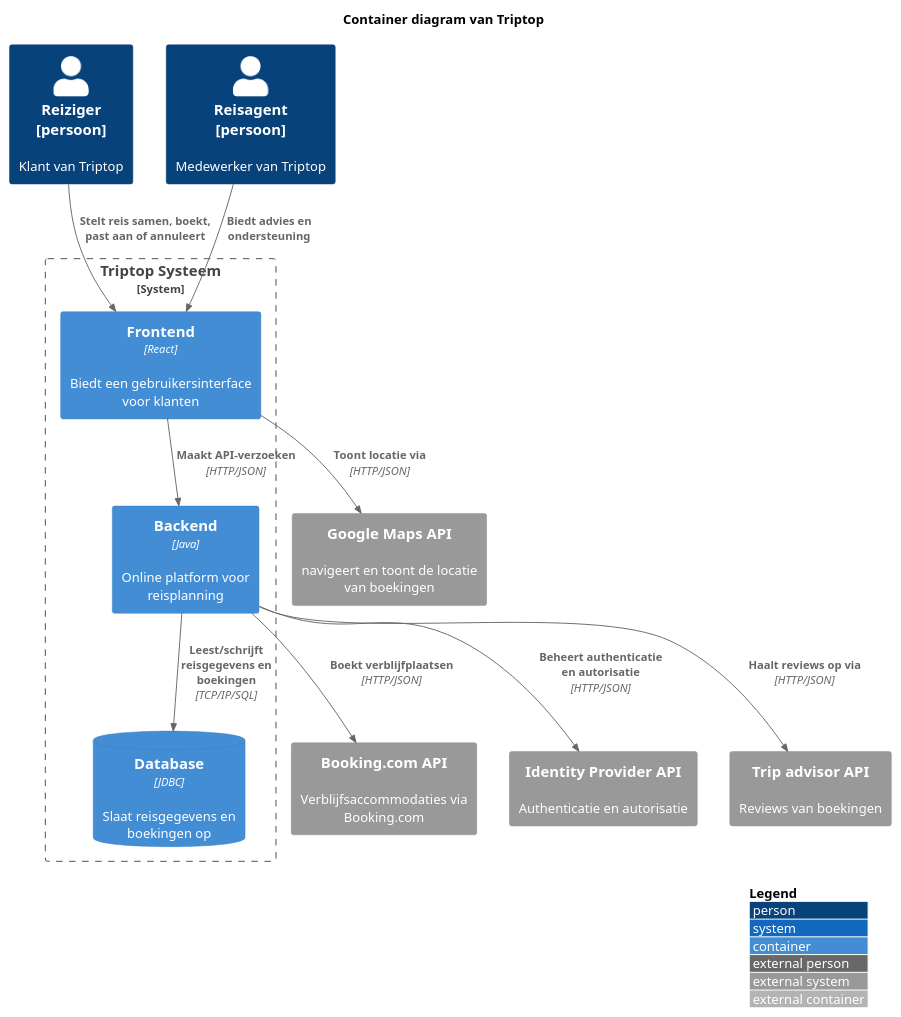
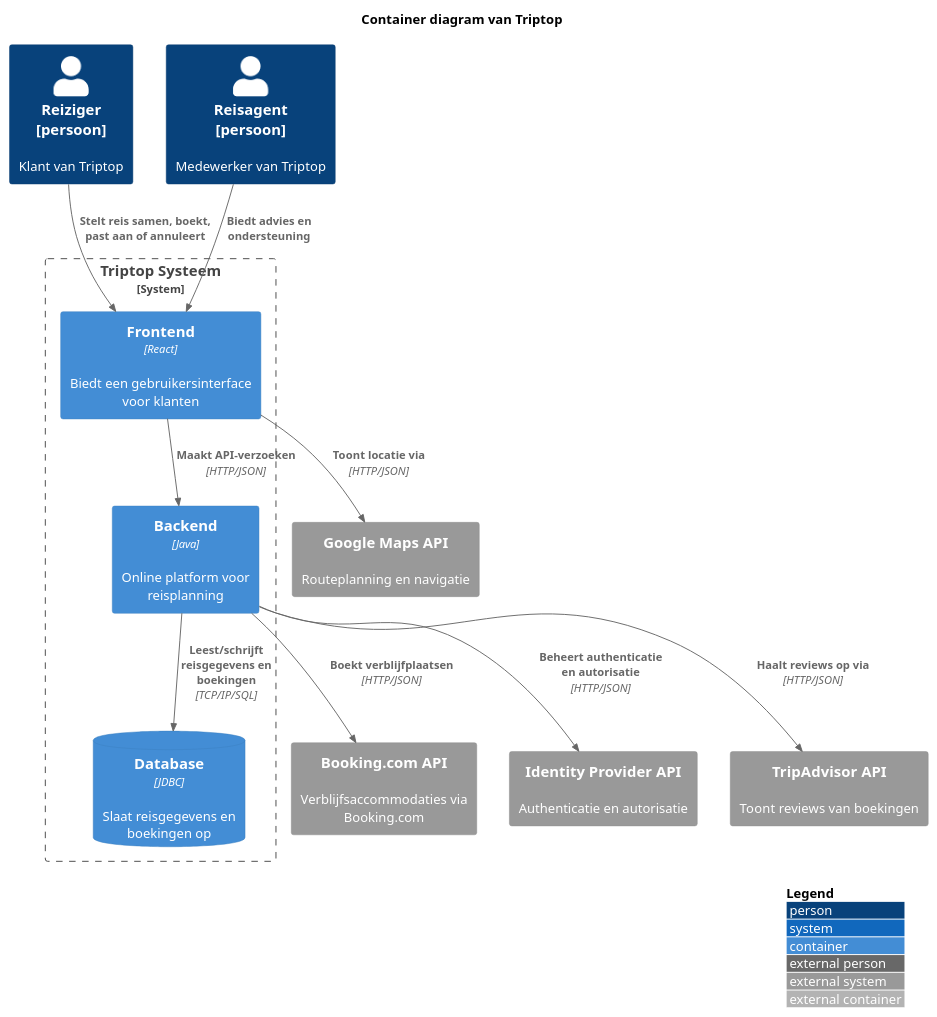
One commit to AIM-ENE-feb25/triptop-groep-b3 changed the diagram in software-guidebook/groep-container-diagram.puml. Above: the diagram before and after it, drawn with PlantUML. The commit also changed 4 other files, not shown here.

Commit message:
added google maps to container diagram explanation, added legend to context diagram, changed text in frontend component diagram to match overall message better

```diff
--- a/software-guidebook/groep-container-diagram.puml
+++ b/software-guidebook/groep-container-diagram.puml
@@ -1,33 +1,32 @@
 @startuml
 !include <C4/C4>
-!include <C4/C4_Context>
 !include <C4/C4_Container>
 
 LAYOUT_WITH_LEGEND()
 
 title Container diagram van Triptop
 
 Person(reiziger, "Reiziger\n[persoon]", "Klant van Triptop")
 Person(reisagent, "Reisagent\n[persoon]", "Medewerker van Triptop")
 
 System_Boundary(triptop, "Triptop Systeem") {
     Container(frontend, "Frontend", "React","Biedt een gebruikersinterface voor klanten")
     Container(backend, "Backend", "Java", "Online platform voor reisplanning")
     ContainerDb(database, "Database", "JDBC", "Slaat reisgegevens en boekingen op")
 }
 
 System_Ext(bookingAPI, "Booking.com API", "Verblijfsaccommodaties via Booking.com")
-System_Ext(MapsAPI, "Google Maps API", "navigeert en toont de locatie van boekingen")
+System_Ext(MapsAPI, "Google Maps API", "Routeplanning en navigatie")
 System_Ext(identityProviderAPI, "Identity Provider API", "Authenticatie en autorisatie")
-System_Ext(tripAdvisor, "Trip advisor API", "Reviews van boekingen")
+System_Ext(tripAdvisor, "TripAdvisor API", "Toont reviews van boekingen")
 
 Rel(reiziger, frontend, "Stelt reis samen, boekt, past aan of annuleert")
 Rel(reisagent, frontend, "Biedt advies en ondersteuning")
 Rel(frontend, backend, "Maakt API-verzoeken", "HTTP/JSON")
 Rel(backend, database, "Leest/schrijft reisgegevens en boekingen", "TCP/IP/SQL")
 Rel(backend, bookingAPI, "Boekt verblijfplaatsen", "HTTP/JSON")
 Rel(frontend, MapsAPI, "Toont locatie via", "HTTP/JSON")
 Rel(backend, identityProviderAPI, "Beheert authenticatie en autorisatie", "HTTP/JSON")
 Rel(backend, tripAdvisor, "Haalt reviews op via", "HTTP/JSON")
 
 @enduml
```
